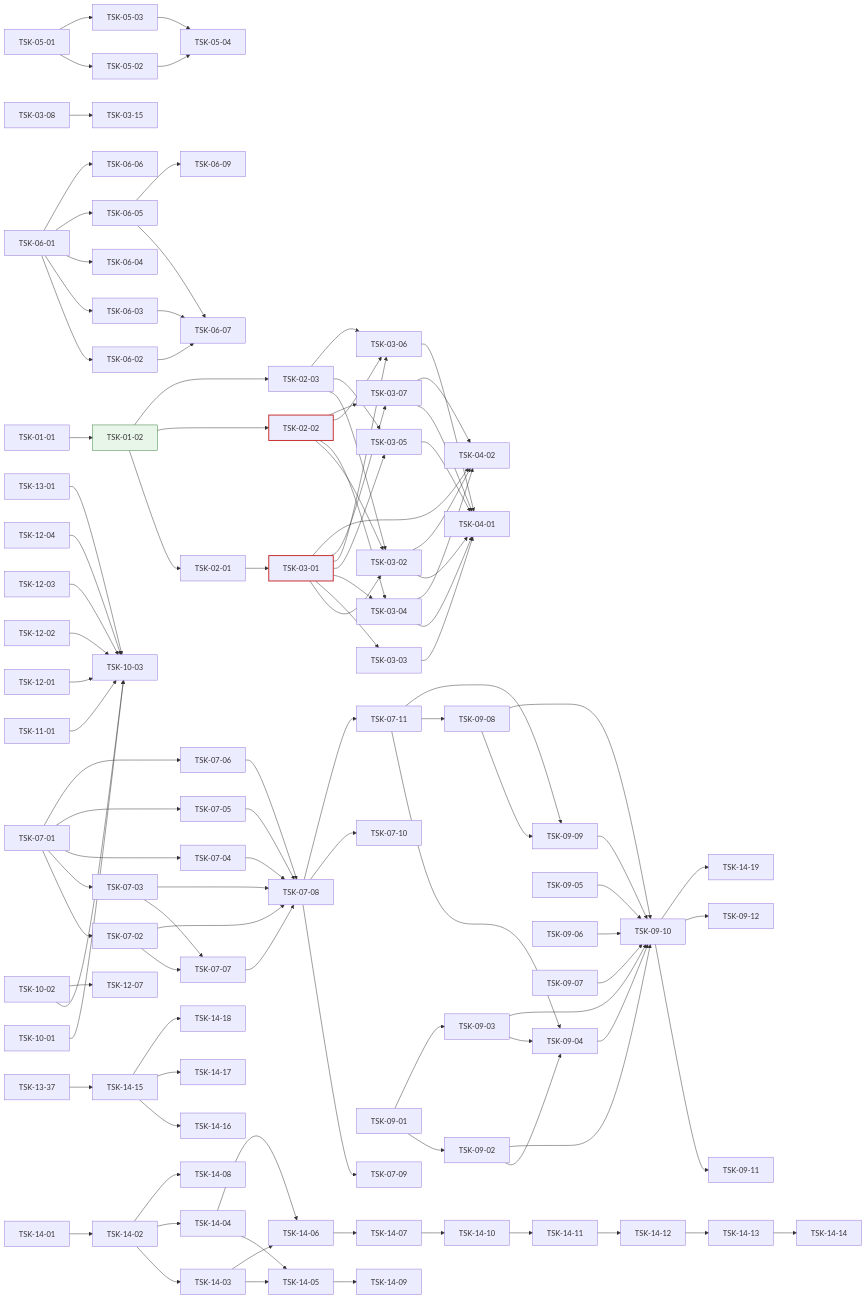
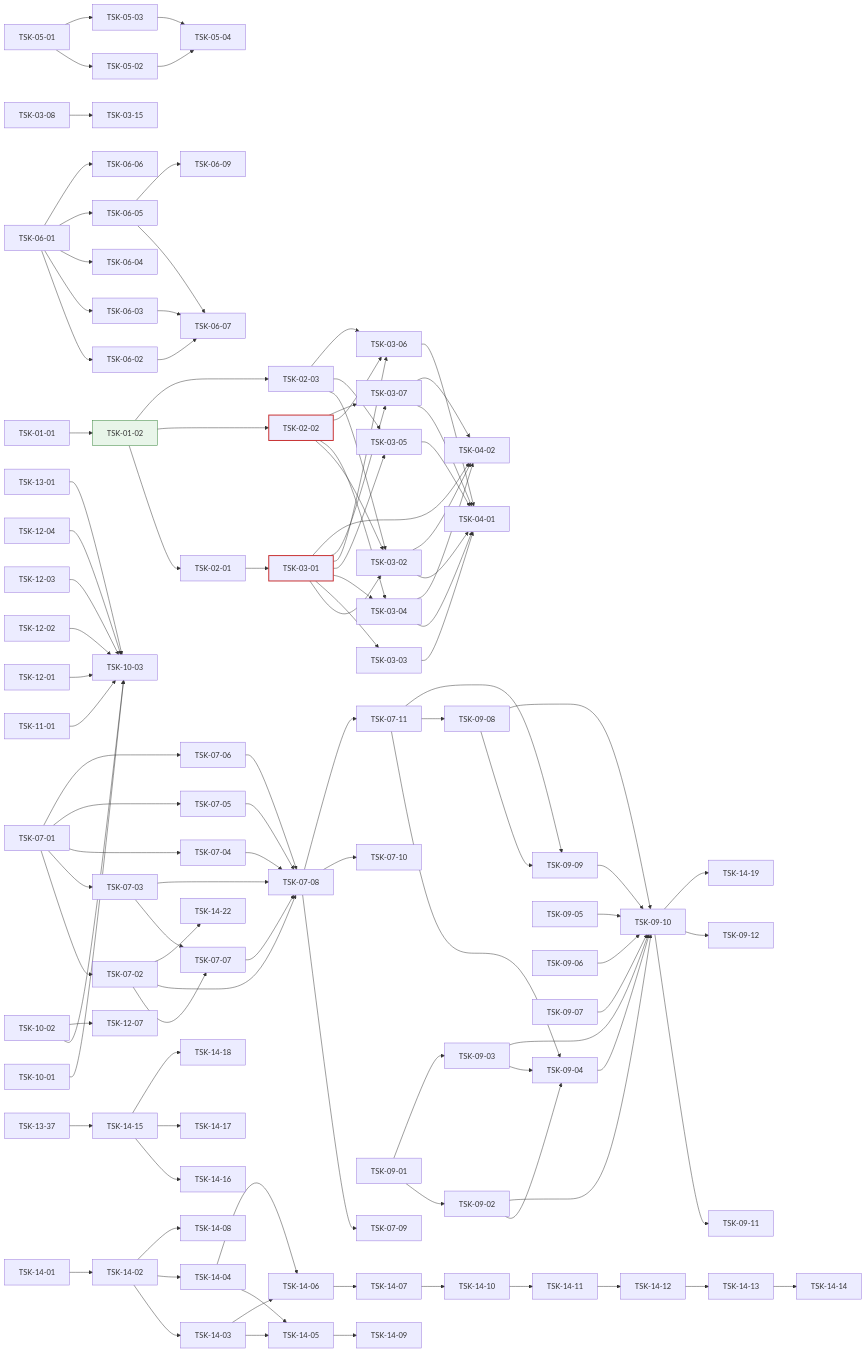
Before and after one commit to jongik-sv/oranda: the diagram in docs/oranda1/wbs.md, drawn with Mermaid. The commit also changed other lines of this file and 31 other files, not shown here.

First line of the commit message:
feat(schema): browse Java stored objects (sources, classes, resources) read-only

```diff
--- a/docs/oranda1/wbs.md
+++ b/docs/oranda1/wbs.md
@@ -1301,6 +1313,7 @@
   TSK-14-15 --> TSK-14-17
   TSK-14-15 --> TSK-14-18
   TSK-09-10 --> TSK-14-19
+  TSK-07-02 --> TSK-14-22
   style TSK-01-02 fill:#e8f5e9,stroke:#2e7d32
   style TSK-03-01 stroke:#c62828,stroke-width:2px
   style TSK-02-02 stroke:#c62828,stroke-width:2px
```
